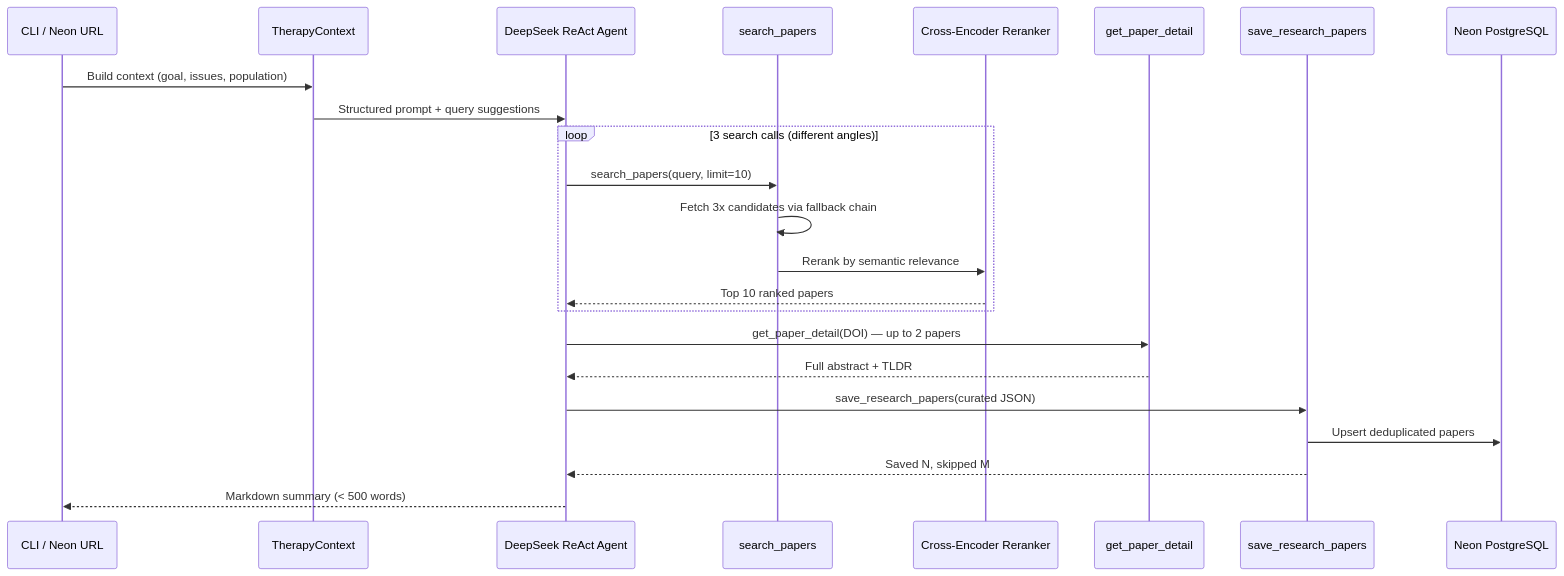
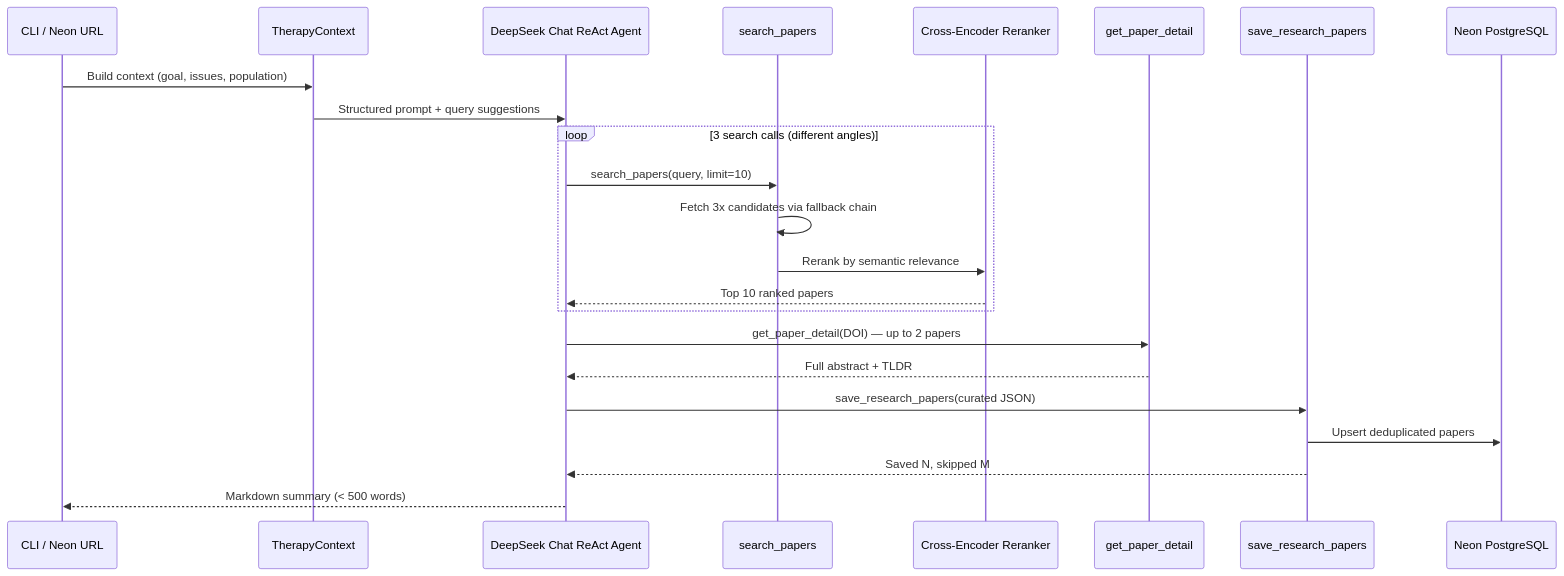
One commit to v9ai/ai-apps changed the third of 8 diagrams in apps/research-thera/backend/README.md. Above: the diagram before and after it, drawn with Mermaid. The commit also changed other lines of this file and 19 other files, not shown here.

First line of the commit message:
(lead-gen,research-thera): All 5 done. Here's the final state — all 7 READMEs now use mermaid:

````diff
--- a/apps/research-thera/backend/README.md
+++ b/apps/research-thera/backend/README.md
@@ -73,30 +73,30 @@
 ```mermaid
 sequenceDiagram
     participant U as CLI / Neon URL
     participant TC as TherapyContext
-    participant A as DeepSeek ReAct Agent
+    participant A as DeepSeek Chat ReAct Agent
     participant S as search_papers
     participant R as Cross-Encoder Reranker
     participant D as get_paper_detail
     participant P as save_research_papers
     participant DB as Neon PostgreSQL
 
     U->>TC: Build context (goal, issues, population)
     TC->>A: Structured prompt + query suggestions
 
     loop 3 search calls (different angles)
         A->>S: search_papers(query, limit=10)
         S->>S: Fetch 3x candidates via fallback chain
         S->>R: Rerank by semantic relevance
         R-->>A: Top 10 ranked papers
     end
 
     A->>D: get_paper_detail(DOI) — up to 2 papers
     D-->>A: Full abstract + TLDR
 
     A->>P: save_research_papers(curated JSON)
     P->>DB: Upsert deduplicated papers
     P-->>A: Saved N, skipped M
 
     A-->>U: Markdown summary (< 500 words)
 ```
````
